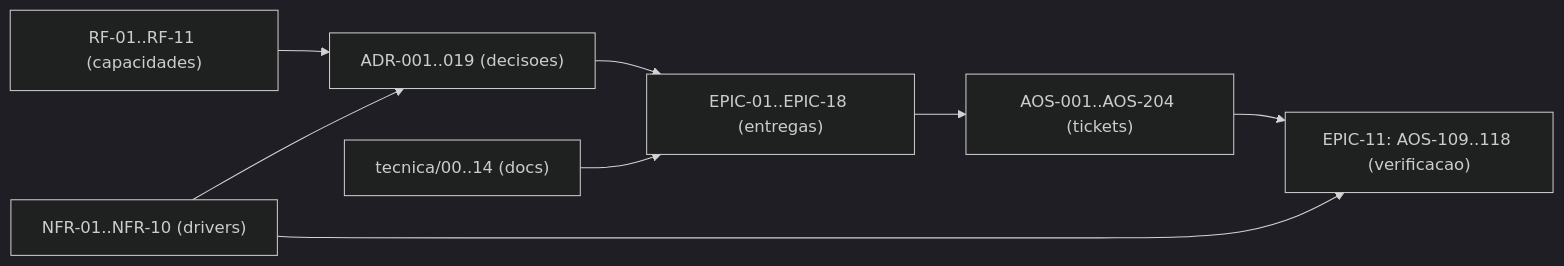
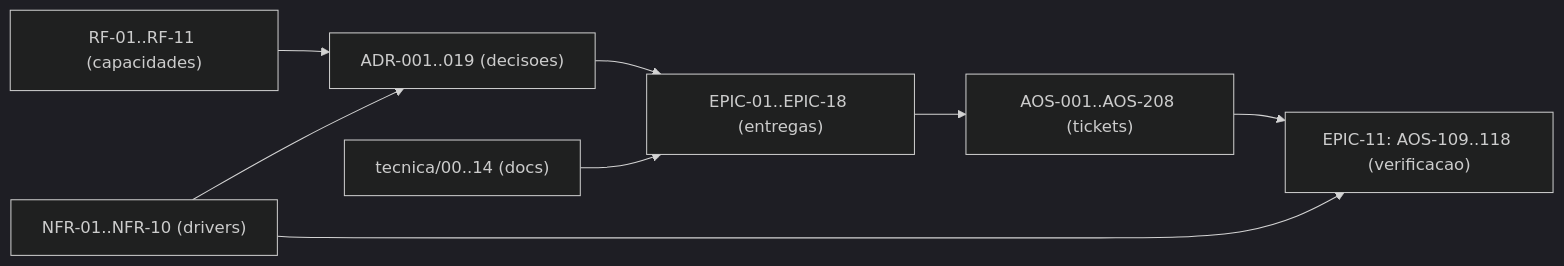
One commit to albinoJimy/aos changed the diagram in tecnica/16_Rastreabilidade_RTM.md. Above: the diagram before and after it, drawn with Mermaid (dark theme). The commit also changed other lines of this file and 2 other files, not shown here.

First line of the commit message:
feat(EPIC-18): criar AOS-205..208 e dar eixo real as 13 linhas POR ATRIBUIR do registo

````diff
--- a/tecnica/16_Rastreabilidade_RTM.md
+++ b/tecnica/16_Rastreabilidade_RTM.md
@@ -166,10 +166,10 @@
 ```mermaid
 flowchart LR
     RF["RF-01..RF-11 (capacidades)"] --> ADR["ADR-001..019 (decisoes)"]
     NFR["NFR-01..NFR-10 (drivers)"] --> ADR
     ADR --> EPIC["EPIC-01..EPIC-18 (entregas)"]
-    EPIC --> TICK["AOS-001..AOS-204 (tickets)"]
+    EPIC --> TICK["AOS-001..AOS-208 (tickets)"]
     DOC["tecnica/00..14 (docs)"] --> EPIC
     TICK --> TEST["EPIC-11: AOS-109..118 (verificacao)"]
     NFR --> TEST
 ```
````
